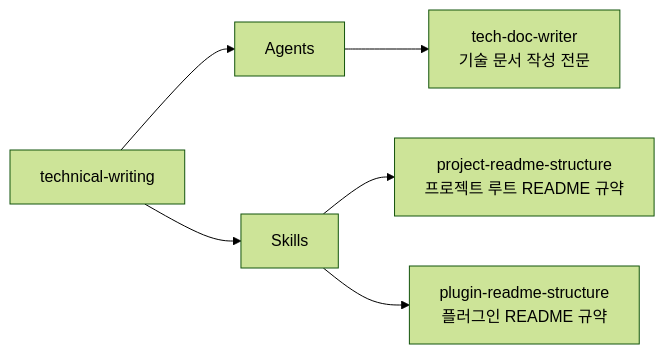
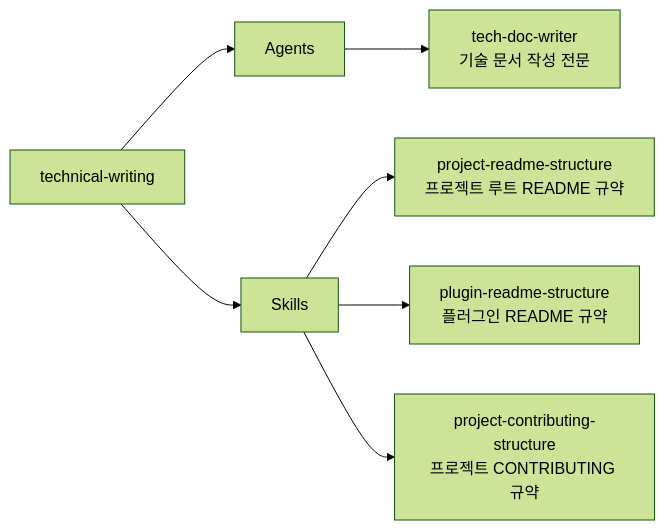
One commit to iamhoonse-dev/hoonse-claude-plugins changed the diagram in plugins/technical-writing/README.md. Above: the diagram before and after it, drawn with Mermaid (forest theme). The commit also changed other lines of this file, not shown here.

First line of the commit message:
docs(technical-writing): README에 project-contributing-structure 스킬 추가 및 사용 예시 개선 (#7)

````diff
--- a/plugins/technical-writing/README.md
+++ b/plugins/technical-writing/README.md
@@ -7,10 +7,11 @@
 ```mermaid
 graph LR
     A[technical-writing] --> C[Agents]
     A --> D[Skills]
 
     C --> C1[tech-doc-writer<br/>기술 문서 작성 전문]
 
     D --> D1[project-readme-structure<br/>프로젝트 루트 README 규약]
     D --> D2[plugin-readme-structure<br/>플러그인 README 규약]
+    D --> D3[project-contributing-structure<br/>프로젝트 CONTRIBUTING 규약]
 ```
````
